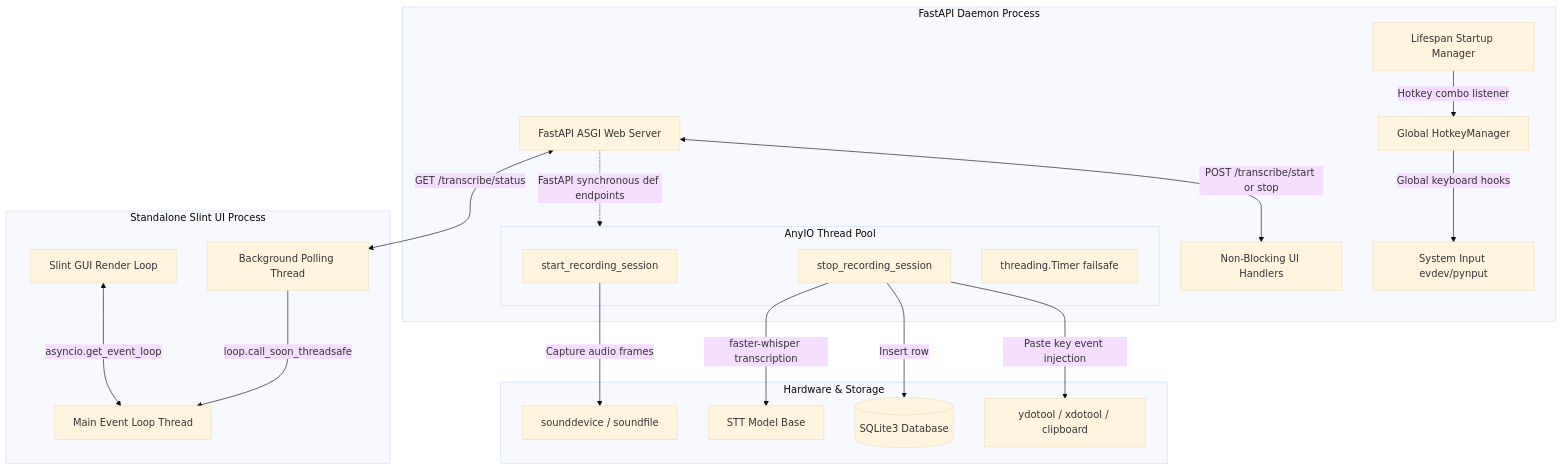
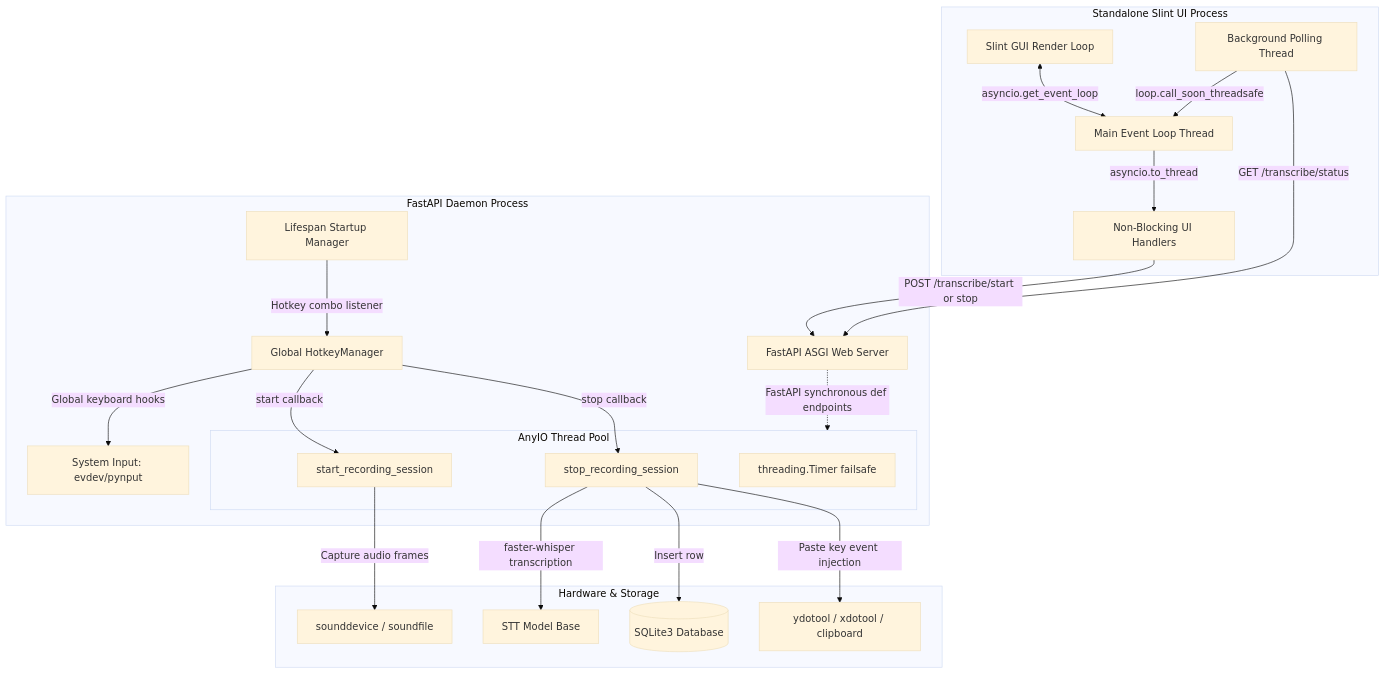
One commit to ainan-ahmed/carefulWhisper changed the diagram in README.md. Above: the diagram before and after it, drawn with Mermaid (base theme).

Commit message:
docs: refine Mermaid architecture diagram with accurate IPC flows in README.md

````diff
--- a/README.md
+++ b/README.md
@@ -34,29 +34,35 @@
 ```mermaid
 graph TD
     subgraph UI_Process [Standalone Slint UI Process]
         A[Slint GUI Render Loop] <-->|asyncio.get_event_loop| B[Main Event Loop Thread]
         C[Background Polling Thread] -->|loop.call_soon_threadsafe| B
+        B -->|asyncio.to_thread| H[Non-Blocking UI Handlers]
     end
 
     subgraph Backend_Daemon [FastAPI Daemon Process]
-        D[FastAPI ASGI Web Server] <-->|GET /transcribe/status| C
-        D <-->|POST /transcribe/start or stop| H[Non-Blocking UI Handlers]
+        D[FastAPI ASGI Web Server]
         E[Lifespan Startup Manager] -->|Hotkey combo listener| F[Global HotkeyManager]
-        F -->|Global keyboard hooks| G[System Input evdev/pynput]
+        F -->|Global keyboard hooks| G[System Input: evdev/pynput]
         
         subgraph Worker_Pool [AnyIO Thread Pool]
             I[start_recording_session]
             J[stop_recording_session]
             K[threading.Timer failsafe]
         end
         
         D -.->|FastAPI synchronous def endpoints| Worker_Pool
+        F -->|start callback| I
+        F -->|stop callback| J
     end
 
     subgraph Hardware [Hardware & Storage]
         I -->|Capture audio frames| L[sounddevice / soundfile]
         J -->|faster-whisper transcription| M[STT Model Base]
         J -->|Insert row| N[(SQLite3 Database)]
         J -->|Paste key event injection| O[ydotool / xdotool / clipboard]
     end
+
+    %% Cross-Process IPC requests
+    C -->|GET /transcribe/status| D
+    H -->|POST /transcribe/start or stop| D
 ```
````
